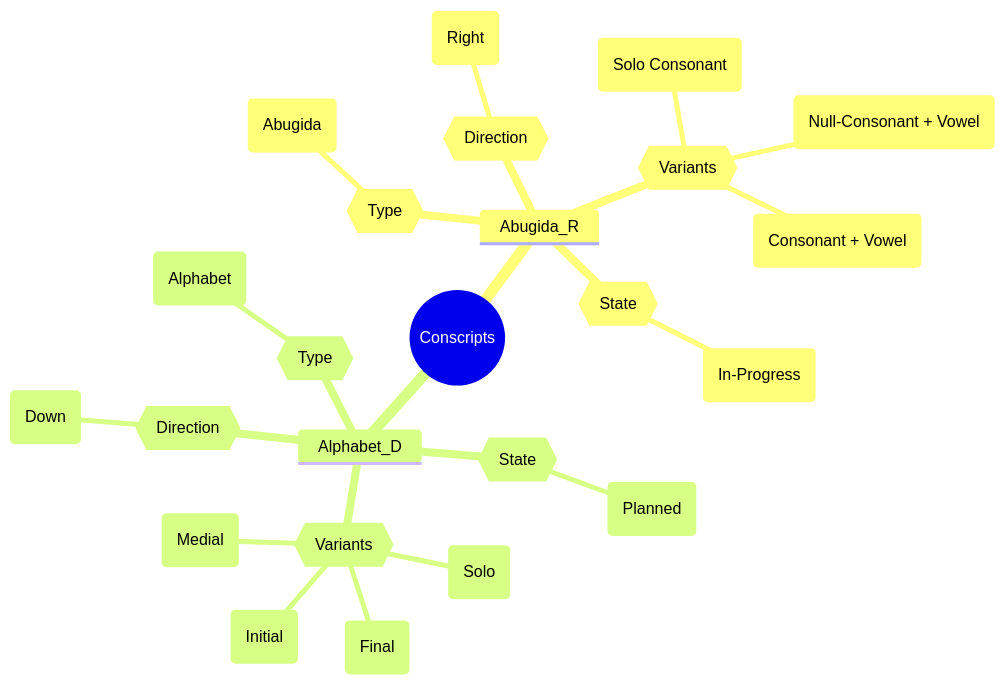
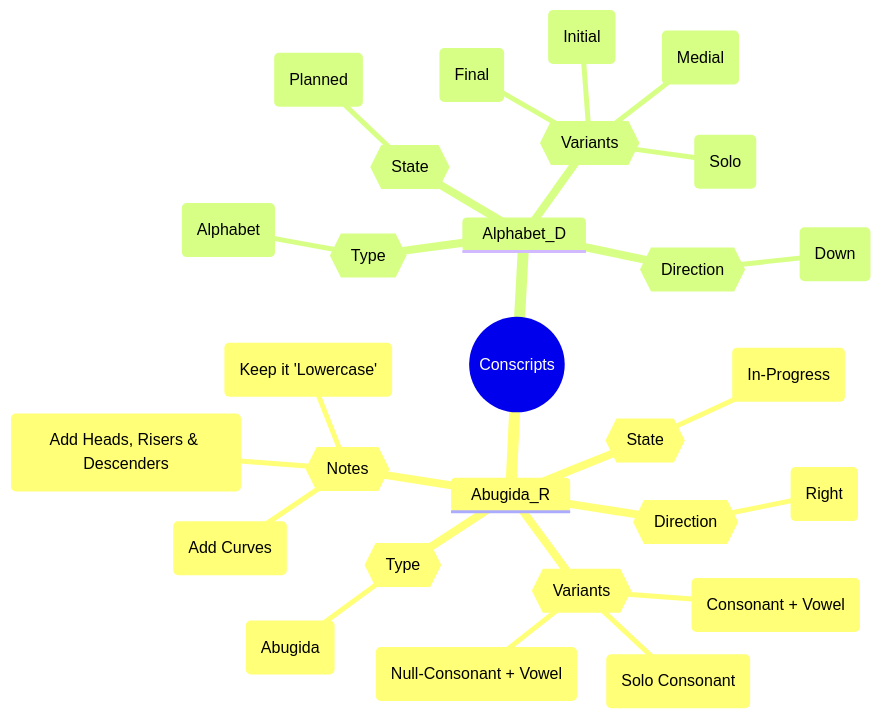
The diagram in README.md (JactusTheCactus/conscript-font-gen), drawn with Mermaid before and after one commit.

````diff
--- a/README.md
+++ b/README.md
@@ -2,27 +2,31 @@
 ```mermaid
 mindmap
 	((Conscripts))
 		Abugida_R
 			{{State}}
 				(In-Progress)
 			{{Type}}
 				(Abugida)
 			{{Direction}}
 				(Right)
 			{{Variants}}
 				(Solo Consonant)
 				(Consonant + Vowel)
 				(Null-Consonant + Vowel)
+			{{Notes}}
+				(Add Curves)
+				(Add Heads, Risers & Descenders)
+				(Keep it 'Lowercase')
 		Alphabet_D
 			{{State}}
 				(Planned)
 			{{Type}}
 				(Alphabet)
 			{{Direction}}
 				(Down)
 			{{Variants}}
 				(Solo)
 				(Initial)
 				(Medial)
 				(Final)
 ```
````
